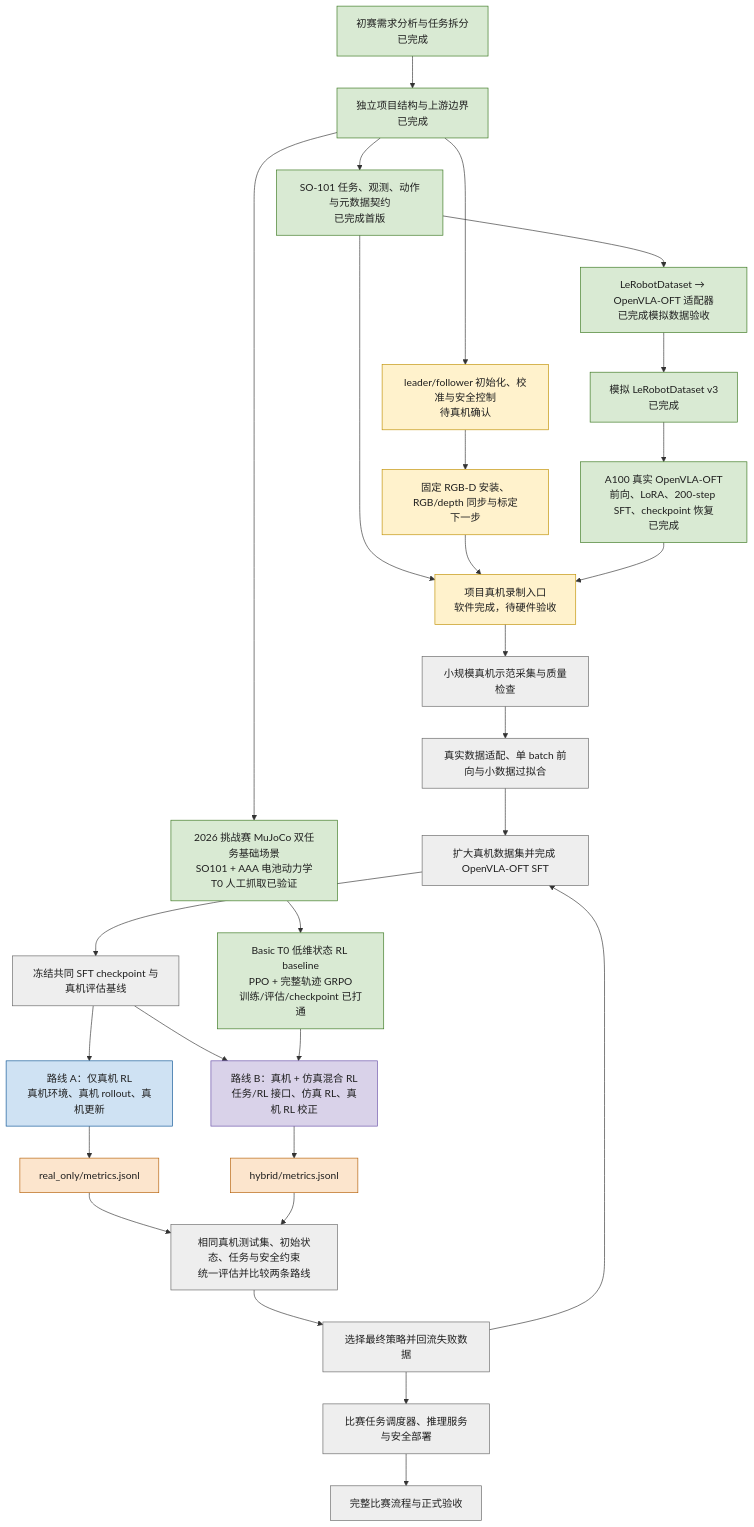
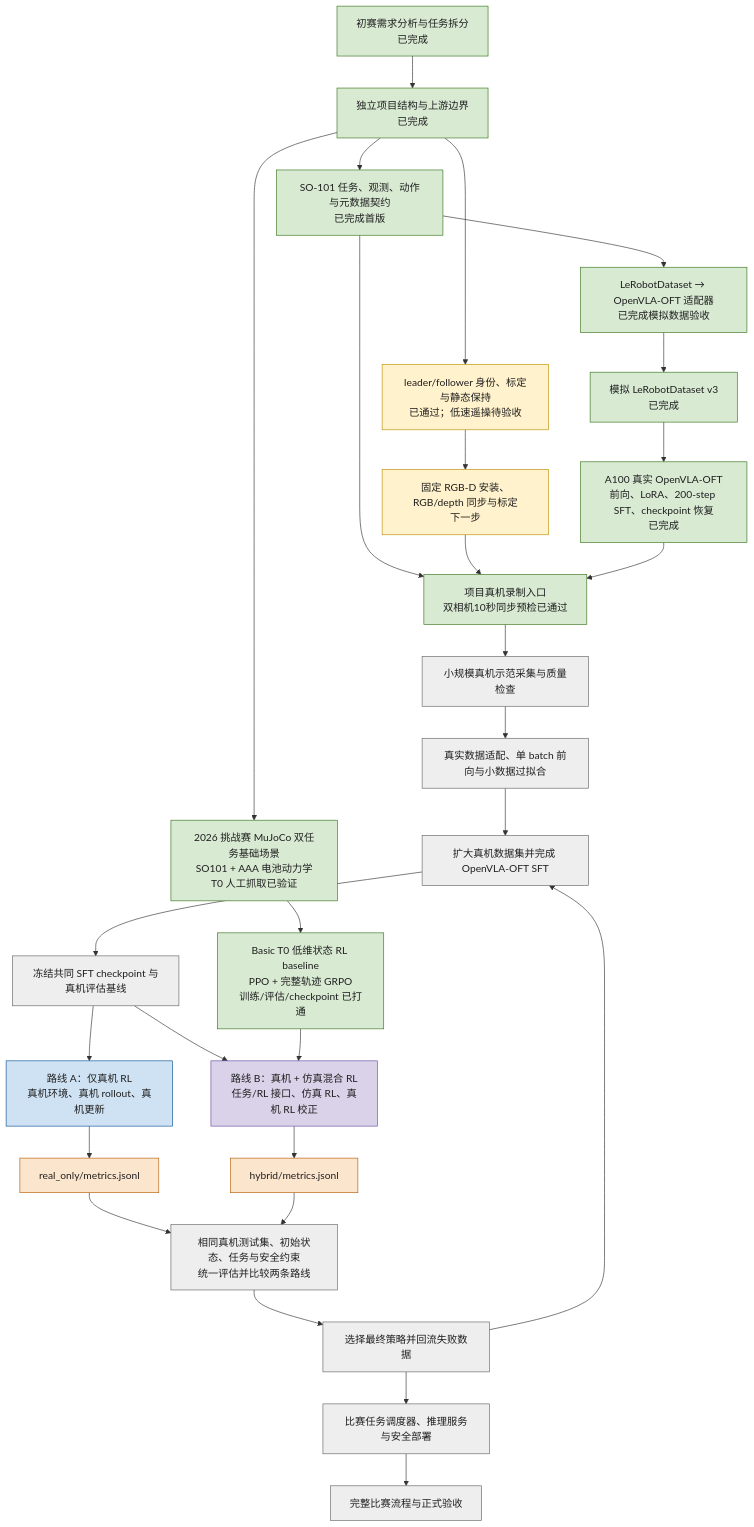
The diagram in README.md (songdaicheng666-dot/real_so101_vla_rl), drawn with Mermaid before and after one commit. The commit also changed other lines of this file and 55 other files, not shown here.

````diff
--- a/README.md
+++ b/README.md
@@ -7,40 +7,40 @@
 ```mermaid
 flowchart TD
     A["初赛需求分析与任务拆分<br/>已完成"]:::done --> B["独立项目结构与上游边界<br/>已完成"]:::done
     B --> C["SO-101 任务、观测、动作与元数据契约<br/>已完成首版"]:::done
     C --> D["LeRobotDataset → OpenVLA-OFT 适配器<br/>已完成模拟数据验收"]:::done
     D --> E["模拟 LeRobotDataset v3<br/>已完成"]:::done
     E --> F["A100 真实 OpenVLA-OFT<br/>前向、LoRA、200-step SFT、checkpoint 恢复<br/>已完成"]:::done
 
     B --> S["2026 挑战赛 MuJoCo 双任务基础场景<br/>SO101 + AAA 电池动力学<br/>T0 人工抓取已验证"]:::done
     S --> SRL["Basic T0 低维状态 RL baseline<br/>PPO + 完整轨迹 GRPO<br/>训练/评估/checkpoint 已打通"]:::done
 
-    B --> G["leader/follower 初始化、校准与安全控制<br/>待真机确认"]:::next
+    B --> G["leader/follower 身份、标定与静态保持<br/>已通过；低速遥操待验收"]:::next
     G --> H["固定 RGB-D 安装、RGB/depth 同步与标定<br/>下一步"]:::next
-    C --> I["项目真机录制入口<br/>软件完成，待硬件验收"]:::next
+    C --> I["项目真机录制入口<br/>双相机10秒同步预检已通过"]:::done
     H --> I
     F --> I
     I --> J["小规模真机示范采集与质量检查"]:::planned
     J --> K["真实数据适配、单 batch 前向与小数据过拟合"]:::planned
     K --> L["扩大真机数据集并完成 OpenVLA-OFT SFT"]:::planned
     L --> M["冻结共同 SFT checkpoint 与真机评估基线"]:::planned
 
     M --> R1["路线 A：仅真机 RL<br/>真机环境、真机 rollout、真机更新"]:::routeA
     M --> R2["路线 B：真机 + 仿真混合 RL<br/>任务/RL 接口、仿真 RL、真机 RL 校正"]:::routeB
     SRL --> R2
     R1 --> MA["real_only/metrics.jsonl"]:::metric
     R2 --> MB["hybrid/metrics.jsonl"]:::metric
     MA --> N["相同真机测试集、初始状态、任务与安全约束<br/>统一评估并比较两条路线"]:::planned
     MB --> N
     N --> O["选择最终策略并回流失败数据"]:::planned
     O --> L
     O --> P["比赛任务调度器、推理服务与安全部署"]:::planned
     P --> Q["完整比赛流程与正式验收"]:::planned
 
     classDef done fill:#d9ead3,stroke:#38761d,color:#1f1f1f;
     classDef next fill:#fff2cc,stroke:#bf9000,color:#1f1f1f;
     classDef planned fill:#eeeeee,stroke:#666666,color:#1f1f1f;
     classDef routeA fill:#cfe2f3,stroke:#0b5394,color:#1f1f1f;
     classDef routeB fill:#d9d2e9,stroke:#674ea7,color:#1f1f1f;
     classDef metric fill:#fce5cd,stroke:#b45f06,color:#1f1f1f;
 ```
````
